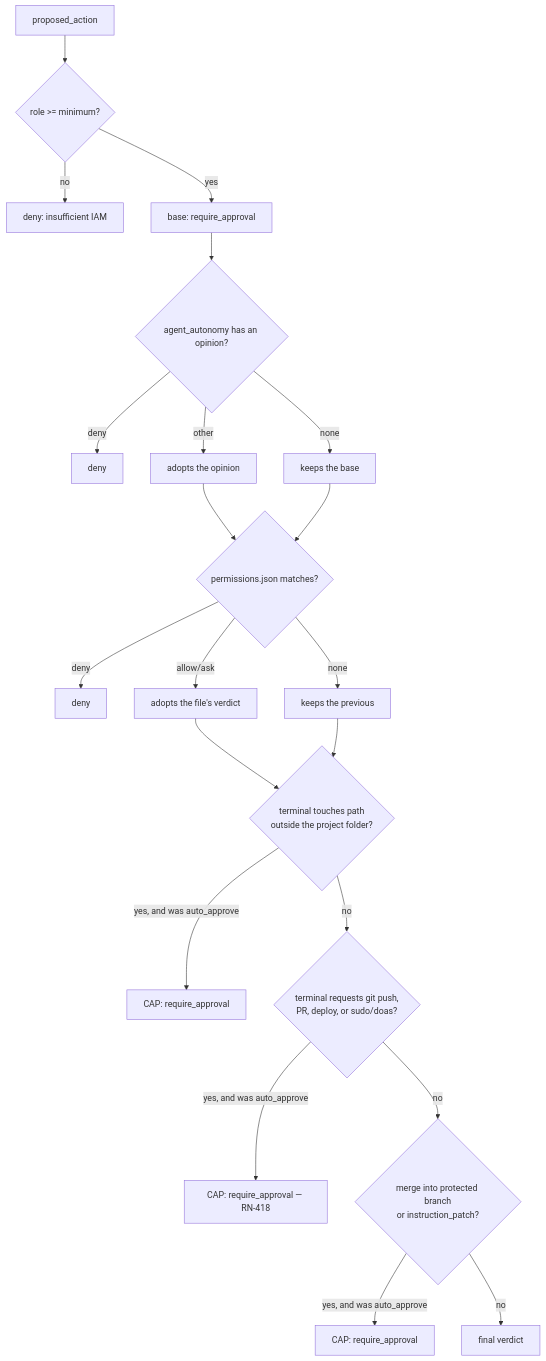
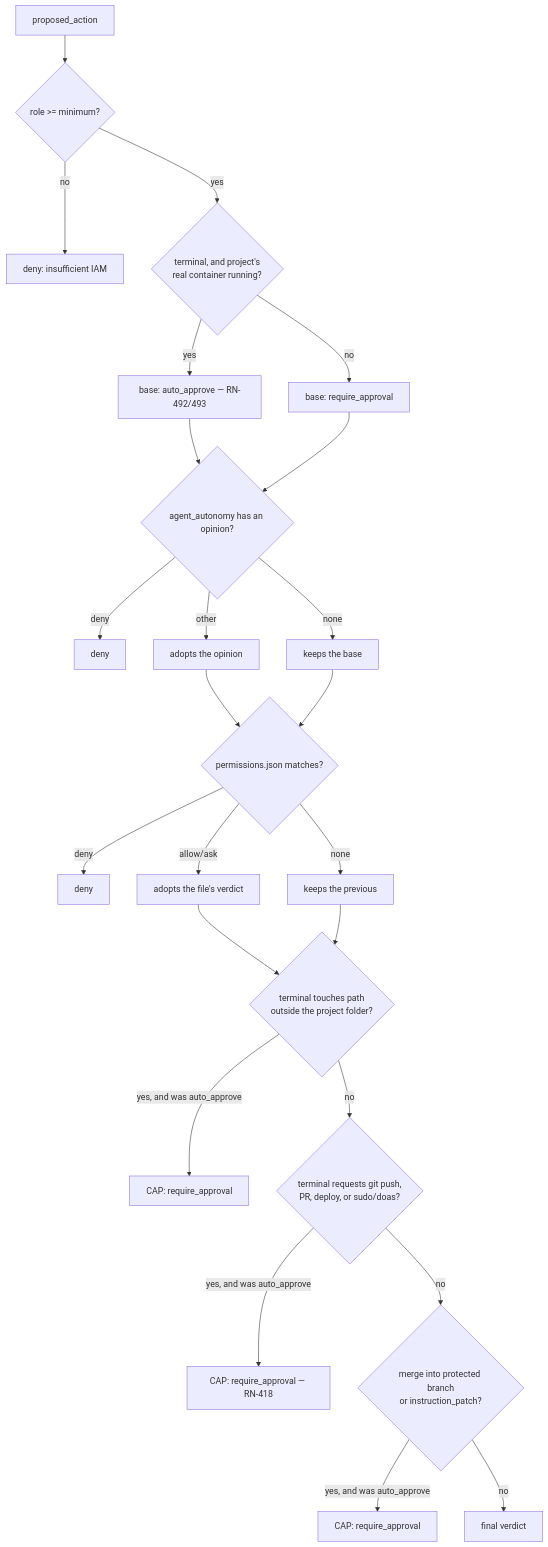
Before and after one commit to daneiel/brabo: the diagram in docs/reference/permissions.md, drawn with Mermaid. The commit also changed other lines of this file and 36 other files, not shown here.

````diff
--- a/docs/reference/permissions.md
+++ b/docs/reference/permissions.md
@@ -229,23 +229,26 @@
 ```mermaid
 flowchart TD
   A[proposed_action] --> B{role >= minimum?}
   B -->|no| D1[deny: insufficient IAM]
-  B -->|yes| C[base: require_approval]
-  C --> D{agent_autonomy has an opinion?}
+  B -->|yes| C0{terminal, and project's<br/>real container running?}
+  C0 -->|yes| C1[base: auto_approve — RN-492/493]
+  C0 -->|no| C[base: require_approval]
+  C1 --> D{agent_autonomy has an opinion?}
+  C --> D
   D -->|deny| D2[deny]
   D -->|other| E[adopts the opinion]
   D -->|none| E2[keeps the base]
   E --> F{permissions.json matches?}
   E2 --> F
   F -->|deny| D3[deny]
   F -->|allow/ask| G[adopts the file's verdict]
   F -->|none| G2[keeps the previous]
   G --> S{terminal touches path<br/>outside the project folder?}
   G2 --> S
   S -->|yes, and was auto_approve| I2[CAP: require_approval]
   S -->|no| Z{terminal requests git push,<br/>PR, deploy, or sudo/doas?}
   Z -->|yes, and was auto_approve| I3[CAP: require_approval — RN-418]
   Z -->|no| H{merge into protected branch<br/>or instruction_patch?}
   H -->|yes, and was auto_approve| I[CAP: require_approval]
   H -->|no| J[final verdict]
 ```
````
